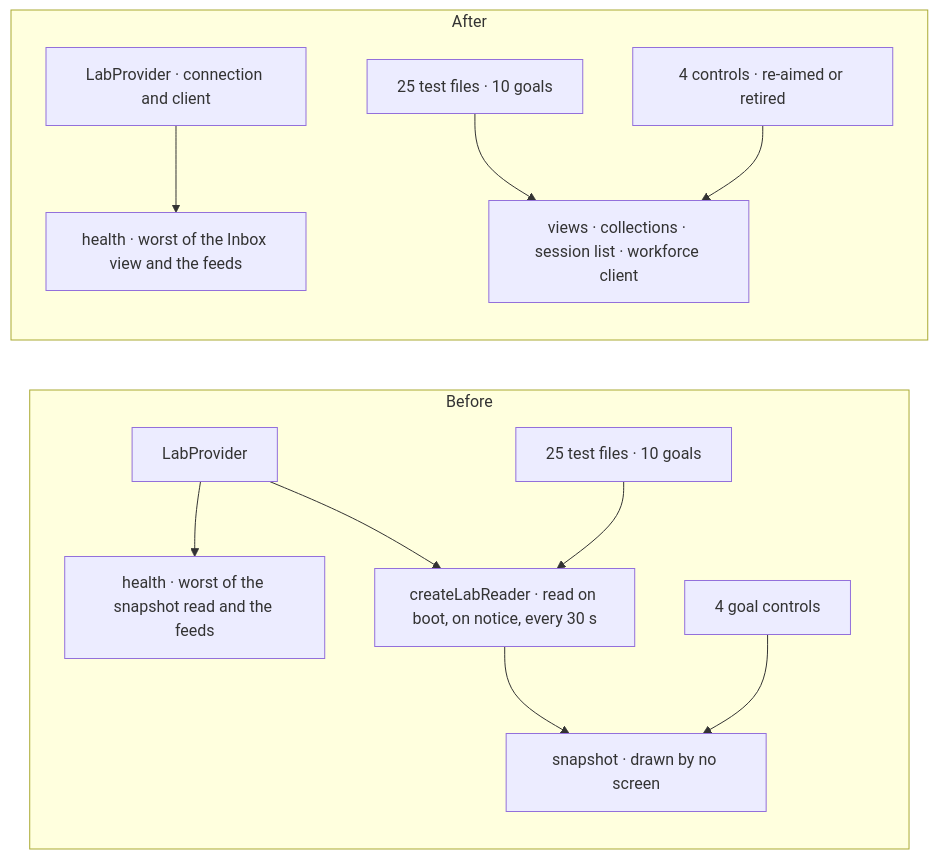
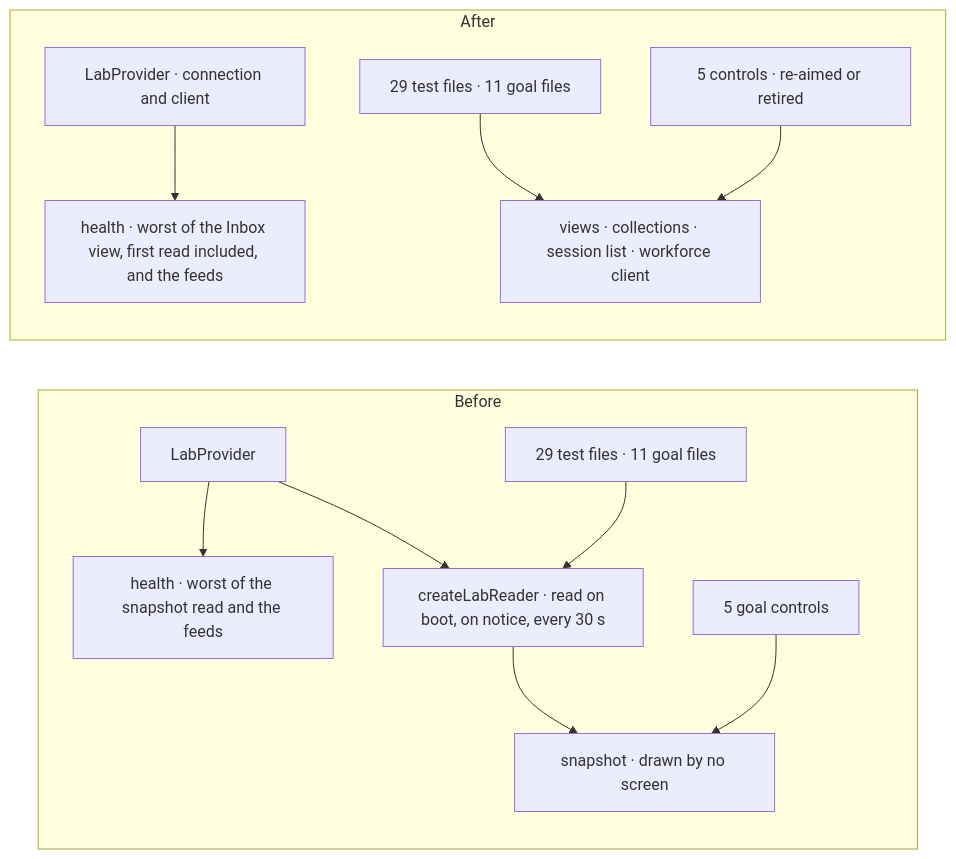
One commit to fixpoint-labs/flow-state-dev changed the second of 2 diagrams in specs/issues/FIX-2777/SPEC.md. Above: the diagram before and after it, drawn with Mermaid. The commit also changed other lines of this file and 2 other files, not shown here.

First line of the commit message:
spec(FIX-2777): fold Codex round 1 — wider reach check, fifth control, Inbox first-read health

````diff
--- a/specs/issues/FIX-2777/SPEC.md
+++ b/specs/issues/FIX-2777/SPEC.md
@@ -55,15 +56,15 @@
 ```mermaid
 flowchart LR
   subgraph Before
     LP1["LabProvider"] --> R1["createLabReader · read on boot, on notice, every 30 s"]
     R1 --> S1["snapshot · drawn by no screen"]
     LP1 --> H1["health · worst of the snapshot read and the feeds"]
-    T1["25 test files · 10 goals"] --> R1
-    K1["4 goal controls"] --> S1
+    T1["29 test files · 11 goal files"] --> R1
+    K1["5 goal controls"] --> S1
   end
   subgraph After
-    LP2["LabProvider · connection and client"] --> H2["health · worst of the Inbox view and the feeds"]
-    T2["25 test files · 10 goals"] --> V2["views · collections · session list · workforce client"]
-    K2["4 controls · re-aimed or retired"] --> V2
+    LP2["LabProvider · connection and client"] --> H2["health · worst of the Inbox view, first read included, and the feeds"]
+    T2["29 test files · 11 goal files"] --> V2["views · collections · session list · workforce client"]
+    K2["5 controls · re-aimed or retired"] --> V2
   end
 ```
````
